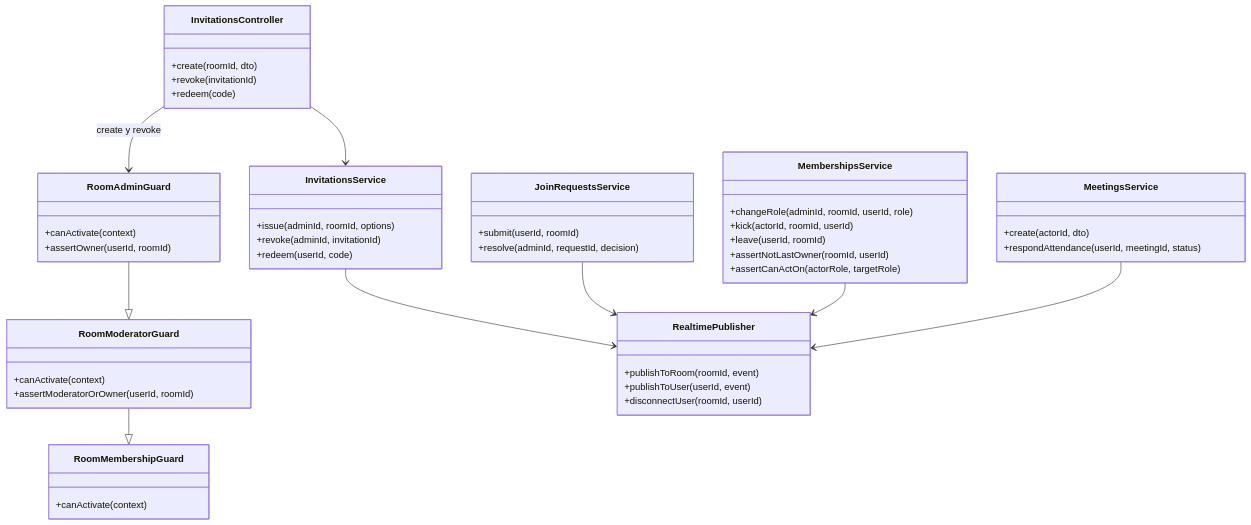
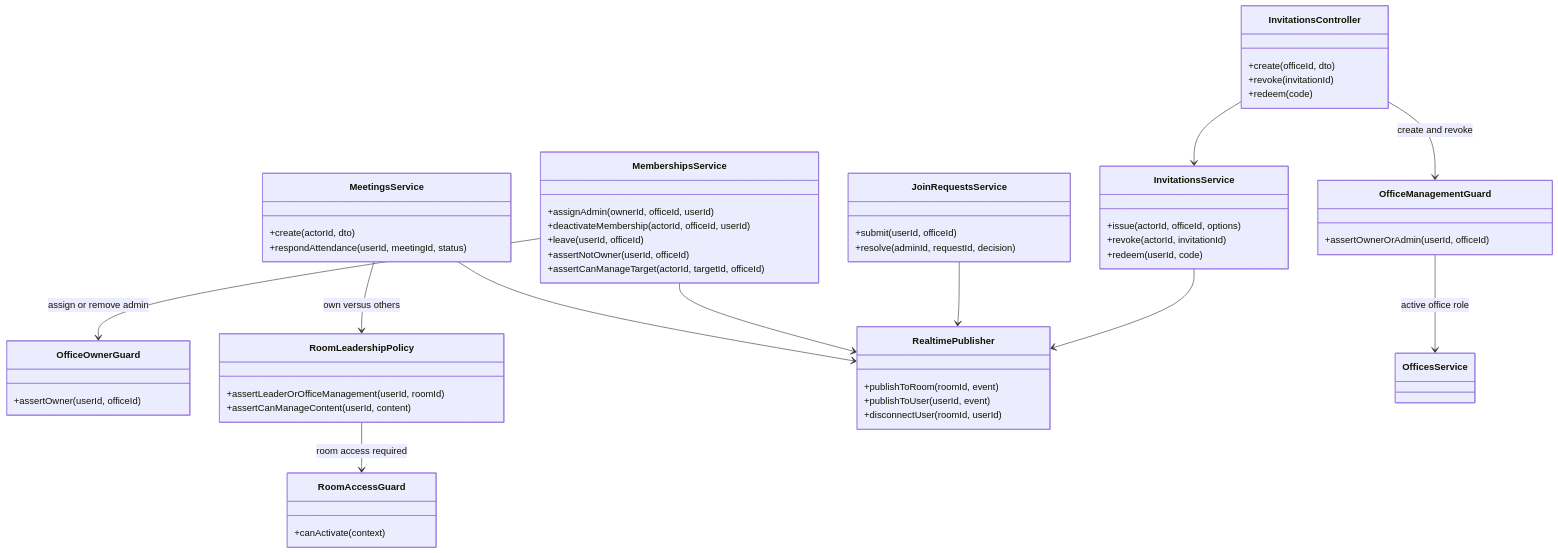
The second of 2 diagrams in docs/diagrams/03-structural/class-design.md (Agustin742/integratec-final-back), drawn with Mermaid before and after one commit. The commit also changed other lines of this file and 1 other file, not shown here.

Commit message:
docs(diagrams): separate office membership from room access and leadership

````diff
--- a/docs/diagrams/03-structural/class-design.md
+++ b/docs/diagrams/03-structural/class-design.md
@@ -307,53 +324,57 @@
 ```mermaid
 classDiagram
   class InvitationsController {
-    +create(roomId, dto)
+    +create(officeId, dto)
     +revoke(invitationId)
     +redeem(code)
   }
   class InvitationsService {
-    +issue(adminId, roomId, options)
-    +revoke(adminId, invitationId)
+    +issue(actorId, officeId, options)
+    +revoke(actorId, invitationId)
     +redeem(userId, code)
   }
   class JoinRequestsService {
-    +submit(userId, roomId)
+    +submit(userId, officeId)
     +resolve(adminId, requestId, decision)
   }
   class MembershipsService {
-    +changeRole(adminId, roomId, userId, role)
-    +kick(actorId, roomId, userId)
-    +leave(userId, roomId)
-    +assertNotLastOwner(roomId, userId)
-    +assertCanActOn(actorRole, targetRole)
+    +assignAdmin(ownerId, officeId, userId)
+    +deactivateMembership(actorId, officeId, userId)
+    +leave(userId, officeId)
+    +assertNotOwner(userId, officeId)
+    +assertCanManageTarget(actorId, targetId, officeId)
   }
   class MeetingsService {
     +create(actorId, dto)
     +respondAttendance(userId, meetingId, status)
   }
-  class RoomModeratorGuard {
-    +canActivate(context)
-    +assertModeratorOrOwner(userId, roomId)
+  class OfficeManagementGuard {
+    +assertOwnerOrAdmin(userId, officeId)
   }
-  class RoomAdminGuard {
-    +canActivate(context)
-    +assertOwner(userId, roomId)
+  class OfficeOwnerGuard {
+    +assertOwner(userId, officeId)
+  }
+  class RoomLeadershipPolicy {
+    +assertLeaderOrOfficeManagement(userId, roomId)
+    +assertCanManageContent(userId, content)
   }
   class RealtimePublisher {
     +publishToRoom(roomId, event)
     +publishToUser(userId, event)
     +disconnectUser(roomId, userId)
   }
-  class RoomMembershipGuard {
+  class RoomAccessGuard {
     +canActivate(context)
   }
 
   InvitationsController --> InvitationsService
-  InvitationsController --> RoomAdminGuard : create y revoke
+  InvitationsController --> OfficeManagementGuard : create and revoke
+  MembershipsService --> OfficeOwnerGuard : assign or remove admin
+  MeetingsService --> RoomLeadershipPolicy : own versus others
   InvitationsService --> RealtimePublisher
   JoinRequestsService --> RealtimePublisher
   MembershipsService --> RealtimePublisher
   MeetingsService --> RealtimePublisher
-  RoomModeratorGuard --|> RoomMembershipGuard
-  RoomAdminGuard --|> RoomModeratorGuard
+  RoomLeadershipPolicy --> RoomAccessGuard : room access required
+  OfficeManagementGuard --> OfficesService : active office role
 ```
````
